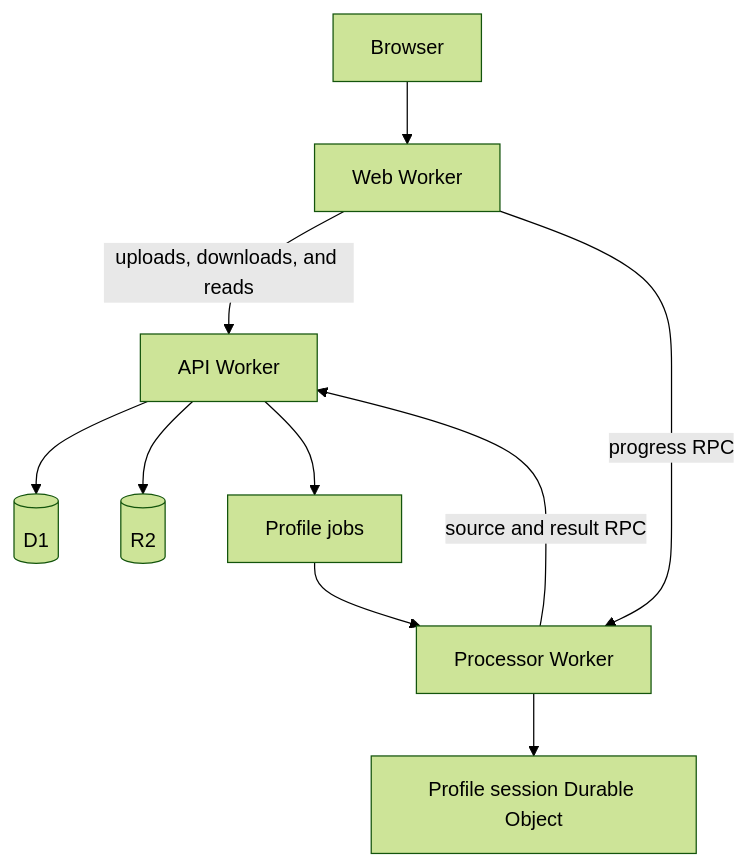
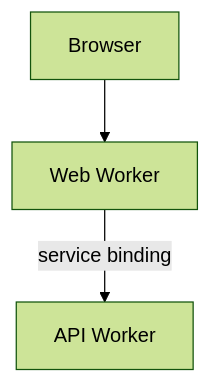
Before and after one commit to AdiRishi/arishi-monorepo: the diagram in docs/architecture.mdx, drawn with Mermaid (forest theme). The commit also changed other lines of this file and 91 other files, not shown here.

````diff
--- a/docs/architecture.mdx
+++ b/docs/architecture.mdx
@@ -12,12 +12,5 @@
 ```mermaid
 flowchart TD
   Browser --> Web[Web Worker]
-  Web -->|uploads, downloads, and reads| API[API Worker]
-  Web -->|progress RPC| Processor[Processor Worker]
-  API --> D1[(D1)]
-  API --> R2[(R2)]
-  API --> Queue[Profile jobs]
-  Queue --> Processor
-  Processor -->|source and result RPC| API
-  Processor --> Session[Profile session Durable Object]
+  Web -->|service binding| API[API Worker]
 ```
````
